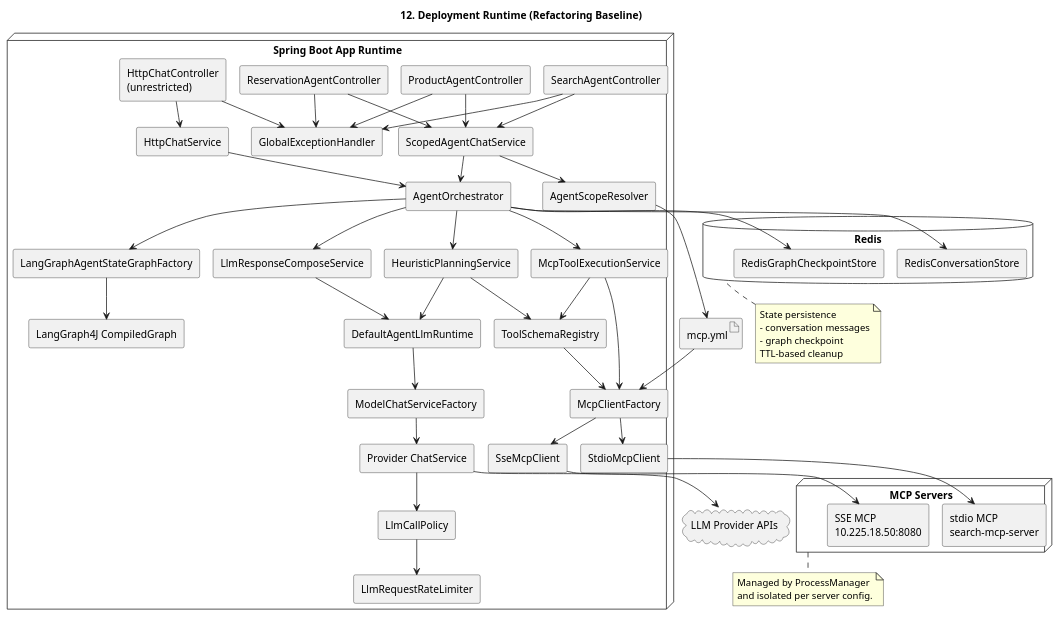
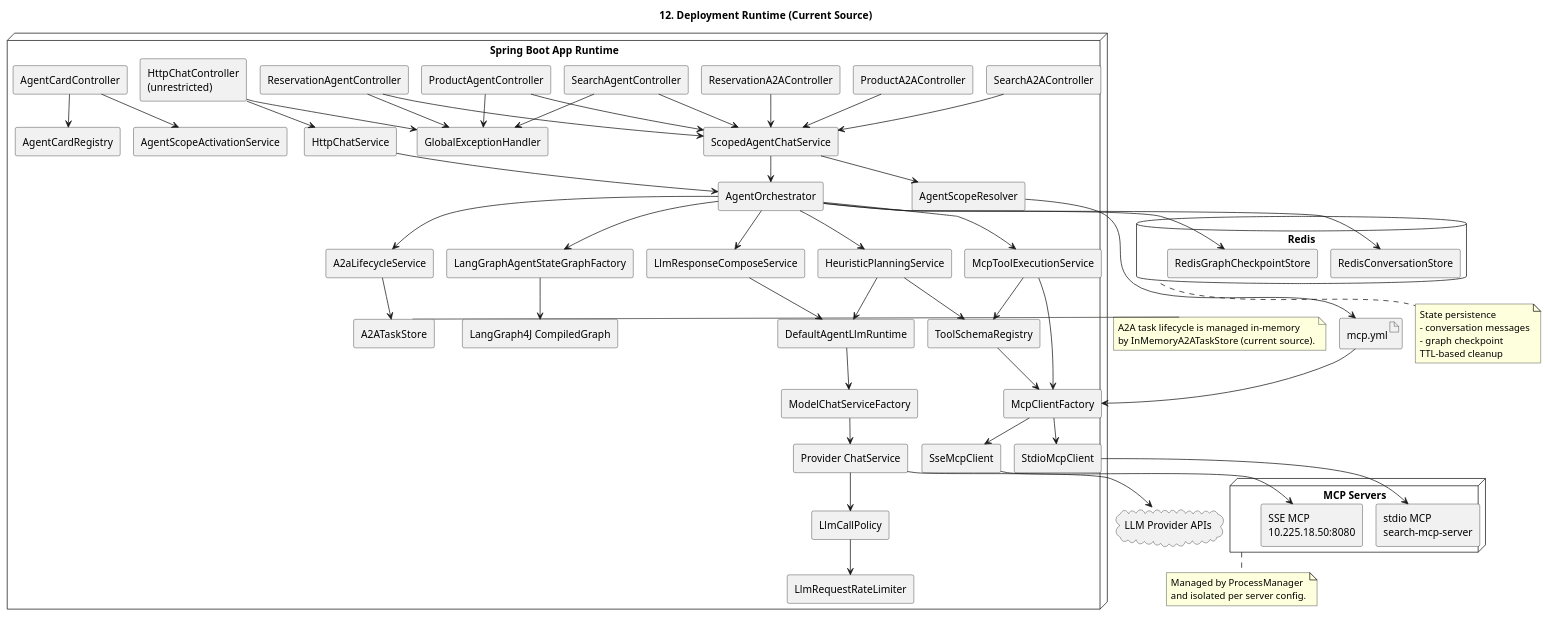
Before and after one commit to kim57uak/spring-ai: the diagram in documents/mcp-orchestrator-architecture/12-deployment-runtime.puml, drawn with PlantUML. The commit also changed 123 other files, not shown here.

```diff
--- a/documents/mcp-orchestrator-architecture/12-deployment-runtime.puml
+++ b/documents/mcp-orchestrator-architecture/12-deployment-runtime.puml
@@ -1,96 +1,116 @@
 @startuml
 !pragma layout smetana
-title 12. Deployment Runtime (Refactoring Baseline)
+title 12. Deployment Runtime (Current Source)
 
 skinparam shadowing false
 skinparam componentStyle rectangle
 
 node "Spring Boot App Runtime" {
   [HttpChatController\n(unrestricted)] as HttpController
   [ProductAgentController] as ProductController
   [ReservationAgentController] as ReservationController
   [SearchAgentController] as SearchController
+  [ProductA2AController] as ProductA2AController
+  [ReservationA2AController] as ReservationA2AController
+  [SearchA2AController] as SearchA2AController
+  [AgentCardController] as AgentCardController
   [GlobalExceptionHandler] as Advice
   [HttpChatService] as HttpChatService
   [ScopedAgentChatService] as ScopedChatService
   [AgentScopeResolver] as ScopeResolver
+  [AgentScopeActivationService] as ScopeActivationService
   [AgentOrchestrator] as Orchestrator
   [LangGraphAgentStateGraphFactory] as GraphFactory
   [LangGraph4J CompiledGraph] as CompiledGraph
   [HeuristicPlanningService] as PlanningService
   [McpToolExecutionService] as ToolExecutionService
   [LlmResponseComposeService] as ComposeService
   [DefaultAgentLlmRuntime] as LlmRuntime
   [ModelChatServiceFactory] as ChatFactory
   [Provider ChatService] as ProviderChatService
   [McpClientFactory] as McpClientFactory
   [ToolSchemaRegistry] as ToolSchemaRegistry
   [SseMcpClient] as SseMcpClient
   [StdioMcpClient] as StdioMcpClient
   [LlmCallPolicy] as LlmPolicy
   [LlmRequestRateLimiter] as LlmRateLimiter
+  [A2aLifecycleService] as A2aLifecycleService
+  [A2ATaskStore] as A2ATaskStore
+  [AgentCardRegistry] as AgentCardRegistry
 }
 
 database "Redis" as Redis {
   [RedisConversationStore] as ConversationStore
   [RedisGraphCheckpointStore] as CheckpointStore
 }
 
 cloud "LLM Provider APIs" as Providers
 
 node "MCP Servers" as McpServers {
   [SSE MCP\n10.225.18.50:8080] as SseMcp
   [stdio MCP\nsearch-mcp-server] as StdioMcp
 }
 
 artifact "mcp.yml" as McpYml
 
 HttpController --> HttpChatService
 ProductController --> ScopedChatService
 ReservationController --> ScopedChatService
 SearchController --> ScopedChatService
+ProductA2AController --> ScopedChatService
+ReservationA2AController --> ScopedChatService
+SearchA2AController --> ScopedChatService
+AgentCardController --> ScopeActivationService
+AgentCardController --> AgentCardRegistry
 HttpController --> Advice
 ProductController --> Advice
 ReservationController --> Advice
 SearchController --> Advice
 ScopedChatService --> ScopeResolver
 ScopeResolver --> McpYml
 HttpChatService --> Orchestrator
 ScopedChatService --> Orchestrator
 Orchestrator --> GraphFactory
 GraphFactory --> CompiledGraph
 Orchestrator --> PlanningService
 Orchestrator --> ToolExecutionService
 Orchestrator --> ComposeService
 Orchestrator --> ConversationStore
 Orchestrator --> CheckpointStore
+Orchestrator --> A2aLifecycleService
+A2aLifecycleService --> A2ATaskStore
 PlanningService --> LlmRuntime
 ComposeService --> LlmRuntime
 LlmRuntime --> ChatFactory
 ChatFactory --> ProviderChatService
 ProviderChatService --> LlmPolicy
 LlmPolicy --> LlmRateLimiter
 ProviderChatService --> Providers
 ToolExecutionService --> McpClientFactory
 PlanningService --> ToolSchemaRegistry
 ToolExecutionService --> ToolSchemaRegistry
 ToolSchemaRegistry --> McpClientFactory
 McpYml --> McpClientFactory
 McpClientFactory --> SseMcpClient
 McpClientFactory --> StdioMcpClient
 SseMcpClient --> SseMcp
 StdioMcpClient --> StdioMcp
 
 note bottom of Redis
 State persistence
 - conversation messages
 - graph checkpoint
 TTL-based cleanup
 end note
 
+note right of A2ATaskStore
+A2A task lifecycle is managed in-memory
+by InMemoryA2ATaskStore (current source).
+end note
+
 note bottom of McpServers
 Managed by ProcessManager
 and isolated per server config.
 end note
 
 @enduml
```
